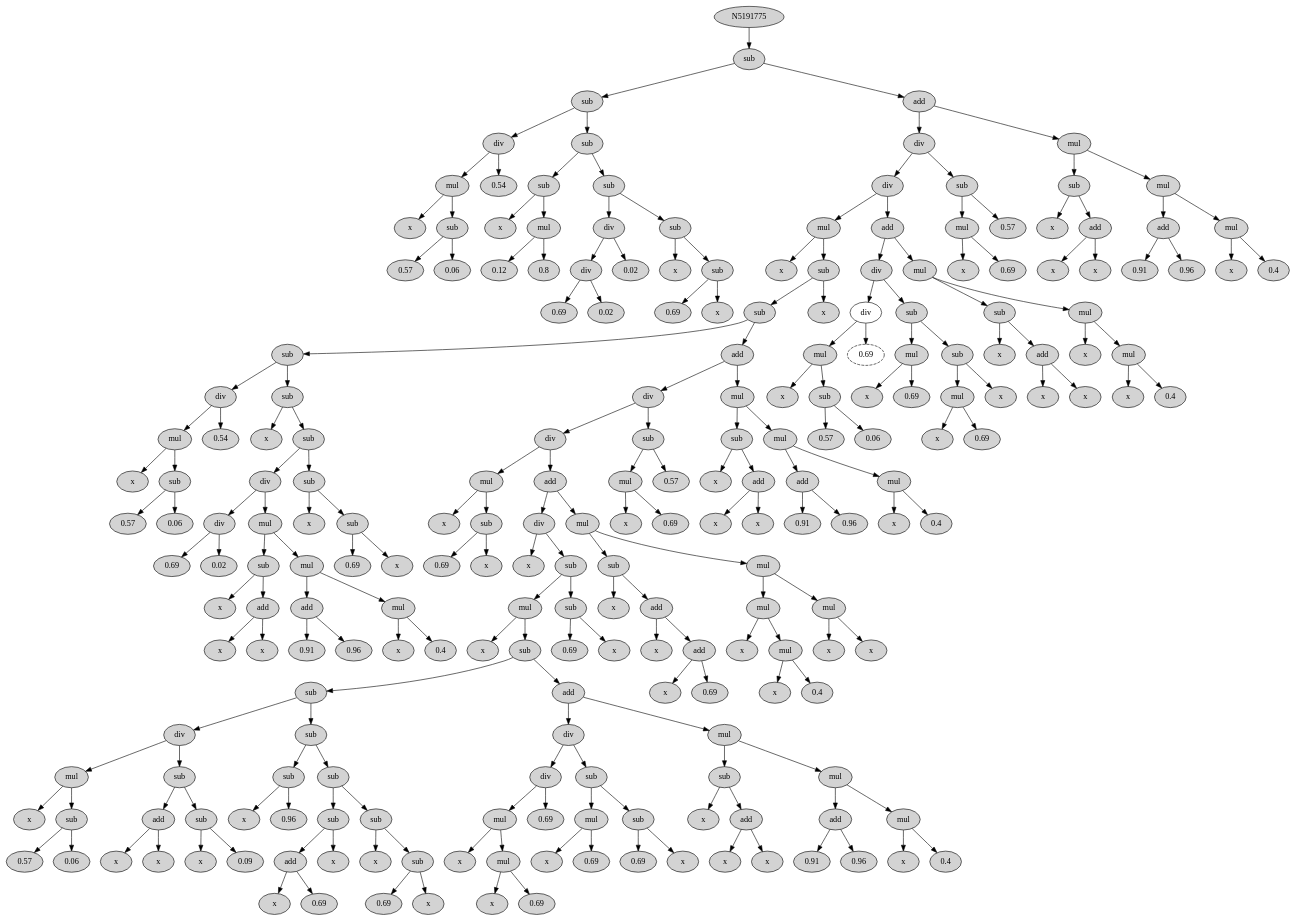
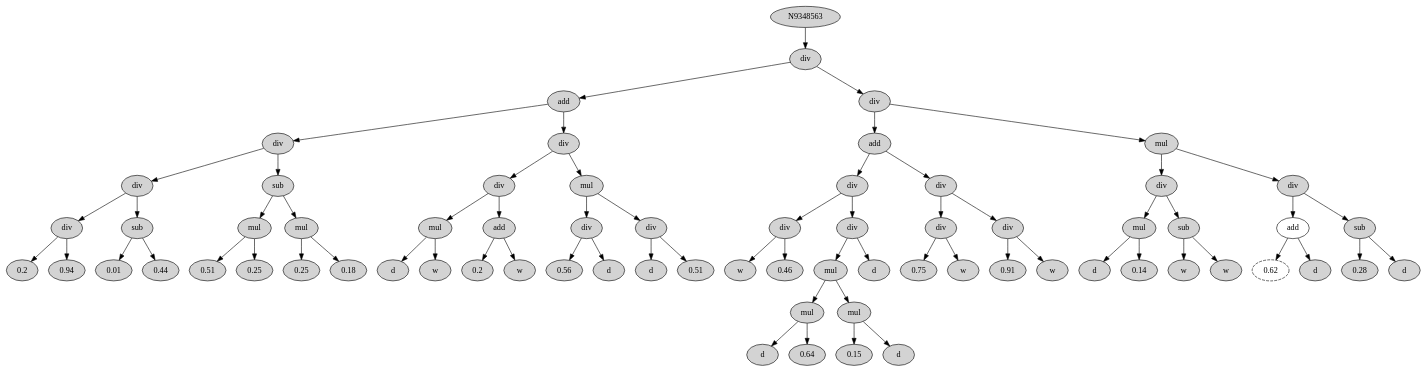
One commit to munifgebara/josilTs changed the diagram in report/best.dot. Above: the diagram before and after it, drawn with Graphviz. The commit also changed 11 other files, not shown here.

```diff
--- a/report/best.dot
+++ b/report/best.dot
@@ -1,453 +1,141 @@
- digraph G5191775 {
-N5191775[ style=filled  label="N5191775"];
-N5191775 -> N5191776;
-N5191776[ style=filled  label="sub"];
-N5191776 -> N5191777;
-N5191777[ style=filled  label="sub"];
-N5191777 -> N5191778;
-N5191778[ style=filled  label="div"];
-N5191778 -> N5191779;
-N5191779[ style=filled  label="mul"];
-N5191779 -> N5191780;
-N5191780[ style=filled  label="x"];
-N5191779 -> N5191781;
-N5191781[ style=filled  label="sub"];
-N5191781 -> N5191782;
-N5191782[ style=filled  label="0.57"];
-N5191781 -> N5191783;
-N5191783[ style=filled  label="0.06"];
-N5191778 -> N5191784;
-N5191784[ style=filled  label="0.54"];
-N5191777 -> N5191785;
-N5191785[ style=filled  label="sub"];
-N5191785 -> N5191786;
-N5191786[ style=filled  label="sub"];
-N5191786 -> N5191787;
-N5191787[ style=filled  label="x"];
-N5191786 -> N5191788;
-N5191788[ style=filled  label="mul"];
-N5191788 -> N5191789;
-N5191789[ style=filled  label="0.12"];
-N5191788 -> N5191790;
-N5191790[ style=filled  label="0.8"];
-N5191785 -> N5191791;
-N5191791[ style=filled  label="sub"];
-N5191791 -> N5191792;
-N5191792[ style=filled  label="div"];
-N5191792 -> N5191793;
-N5191793[ style=filled  label="div"];
-N5191793 -> N5191794;
-N5191794[ style=filled  label="0.69"];
-N5191793 -> N5191795;
-N5191795[ style=filled  label="0.02"];
-N5191792 -> N5191796;
-N5191796[ style=filled  label="0.02"];
-N5191791 -> N5191797;
-N5191797[ style=filled  label="sub"];
-N5191797 -> N5191798;
-N5191798[ style=filled  label="x"];
-N5191797 -> N5191799;
-N5191799[ style=filled  label="sub"];
-N5191799 -> N5191800;
-N5191800[ style=filled  label="0.69"];
-N5191799 -> N5191801;
-N5191801[ style=filled  label="x"];
-N5191776 -> N5191802;
-N5191802[ style=filled  label="add"];
-N5191802 -> N5191803;
-N5191803[ style=filled  label="div"];
-N5191803 -> N5191804;
-N5191804[ style=filled  label="div"];
-N5191804 -> N5191805;
-N5191805[ style=filled  label="mul"];
-N5191805 -> N5191806;
-N5191806[ style=filled  label="x"];
-N5191805 -> N5191807;
-N5191807[ style=filled  label="sub"];
-N5191807 -> N5191808;
-N5191808[ style=filled  label="sub"];
-N5191808 -> N5191809;
-N5191809[ style=filled  label="sub"];
-N5191809 -> N5191810;
-N5191810[ style=filled  label="div"];
-N5191810 -> N5191811;
-N5191811[ style=filled  label="mul"];
-N5191811 -> N5191812;
-N5191812[ style=filled  label="x"];
-N5191811 -> N5191813;
-N5191813[ style=filled  label="sub"];
-N5191813 -> N5191814;
-N5191814[ style=filled  label="0.57"];
-N5191813 -> N5191815;
-N5191815[ style=filled  label="0.06"];
-N5191810 -> N5191816;
-N5191816[ style=filled  label="0.54"];
-N5191809 -> N5191817;
-N5191817[ style=filled  label="sub"];
-N5191817 -> N5191818;
-N5191818[ style=filled  label="x"];
-N5191817 -> N5191819;
-N5191819[ style=filled  label="sub"];
-N5191819 -> N5191820;
-N5191820[ style=filled  label="div"];
-N5191820 -> N5191821;
-N5191821[ style=filled  label="div"];
-N5191821 -> N5191822;
-N5191822[ style=filled  label="0.69"];
-N5191821 -> N5191823;
-N5191823[ style=filled  label="0.02"];
-N5191820 -> N5191824;
-N5191824[ style=filled  label="mul"];
-N5191824 -> N5191825;
-N5191825[ style=filled  label="sub"];
-N5191825 -> N5191826;
-N5191826[ style=filled  label="x"];
-N5191825 -> N5191827;
-N5191827[ style=filled  label="add"];
-N5191827 -> N5191828;
-N5191828[ style=filled  label="x"];
-N5191827 -> N5191829;
-N5191829[ style=filled  label="x"];
-N5191824 -> N5191830;
-N5191830[ style=filled  label="mul"];
-N5191830 -> N5191831;
-N5191831[ style=filled  label="add"];
-N5191831 -> N5191832;
-N5191832[ style=filled  label="0.91"];
-N5191831 -> N5191833;
-N5191833[ style=filled  label="0.96"];
-N5191830 -> N5191834;
-N5191834[ style=filled  label="mul"];
-N5191834 -> N5191835;
-N5191835[ style=filled  label="x"];
-N5191834 -> N5191836;
-N5191836[ style=filled  label="0.4"];
-N5191819 -> N5191837;
-N5191837[ style=filled  label="sub"];
-N5191837 -> N5191838;
-N5191838[ style=filled  label="x"];
-N5191837 -> N5191839;
-N5191839[ style=filled  label="sub"];
-N5191839 -> N5191840;
-N5191840[ style=filled  label="0.69"];
-N5191839 -> N5191841;
-N5191841[ style=filled  label="x"];
-N5191808 -> N5191842;
-N5191842[ style=filled  label="add"];
-N5191842 -> N5191843;
-N5191843[ style=filled  label="div"];
-N5191843 -> N5191844;
-N5191844[ style=filled  label="div"];
-N5191844 -> N5191845;
-N5191845[ style=filled  label="mul"];
-N5191845 -> N5191846;
-N5191846[ style=filled  label="x"];
-N5191845 -> N5191847;
-N5191847[ style=filled  label="sub"];
-N5191847 -> N5191848;
-N5191848[ style=filled  label="0.69"];
-N5191847 -> N5191849;
-N5191849[ style=filled  label="x"];
-N5191844 -> N5191850;
-N5191850[ style=filled  label="add"];
-N5191850 -> N5191851;
-N5191851[ style=filled  label="div"];
-N5191851 -> N5191852;
-N5191852[ style=filled  label="x"];
-N5191851 -> N5191853;
-N5191853[ style=filled  label="sub"];
-N5191853 -> N5191854;
-N5191854[ style=filled  label="mul"];
-N5191854 -> N5191855;
-N5191855[ style=filled  label="x"];
-N5191854 -> N5191856;
-N5191856[ style=filled  label="sub"];
-N5191856 -> N5191857;
-N5191857[ style=filled  label="sub"];
-N5191857 -> N5191858;
-N5191858[ style=filled  label="div"];
-N5191858 -> N5191859;
-N5191859[ style=filled  label="mul"];
-N5191859 -> N5191860;
-N5191860[ style=filled  label="x"];
-N5191859 -> N5191861;
-N5191861[ style=filled  label="sub"];
-N5191861 -> N5191862;
-N5191862[ style=filled  label="0.57"];
-N5191861 -> N5191863;
-N5191863[ style=filled  label="0.06"];
-N5191858 -> N5191864;
-N5191864[ style=filled  label="sub"];
-N5191864 -> N5191865;
-N5191865[ style=filled  label="add"];
-N5191865 -> N5191866;
-N5191866[ style=filled  label="x"];
-N5191865 -> N5191867;
-N5191867[ style=filled  label="x"];
-N5191864 -> N5191868;
-N5191868[ style=filled  label="sub"];
-N5191868 -> N5191869;
-N5191869[ style=filled  label="x"];
-N5191868 -> N5191870;
-N5191870[ style=filled  label="0.09"];
-N5191857 -> N5191871;
-N5191871[ style=filled  label="sub"];
-N5191871 -> N5191872;
-N5191872[ style=filled  label="sub"];
-N5191872 -> N5191873;
-N5191873[ style=filled  label="x"];
-N5191872 -> N5191874;
-N5191874[ style=filled  label="0.96"];
-N5191871 -> N5191875;
-N5191875[ style=filled  label="sub"];
-N5191875 -> N5191876;
-N5191876[ style=filled  label="sub"];
-N5191876 -> N5191877;
-N5191877[ style=filled  label="add"];
-N5191877 -> N5191878;
-N5191878[ style=filled  label="x"];
-N5191877 -> N5191879;
-N5191879[ style=filled  label="0.69"];
-N5191876 -> N5191880;
-N5191880[ style=filled  label="x"];
-N5191875 -> N5191881;
-N5191881[ style=filled  label="sub"];
-N5191881 -> N5191882;
-N5191882[ style=filled  label="x"];
-N5191881 -> N5191883;
-N5191883[ style=filled  label="sub"];
-N5191883 -> N5191884;
-N5191884[ style=filled  label="0.69"];
-N5191883 -> N5191885;
-N5191885[ style=filled  label="x"];
-N5191856 -> N5191886;
-N5191886[ style=filled  label="add"];
-N5191886 -> N5191887;
-N5191887[ style=filled  label="div"];
-N5191887 -> N5191888;
-N5191888[ style=filled  label="div"];
-N5191888 -> N5191889;
-N5191889[ style=filled  label="mul"];
-N5191889 -> N5191890;
-N5191890[ style=filled  label="x"];
-N5191889 -> N5191891;
-N5191891[ style=filled  label="mul"];
-N5191891 -> N5191892;
-N5191892[ style=filled  label="x"];
-N5191891 -> N5191893;
-N5191893[ style=filled  label="0.69"];
-N5191888 -> N5191894;
-N5191894[ style=filled  label="0.69"];
-N5191887 -> N5191895;
-N5191895[ style=filled  label="sub"];
-N5191895 -> N5191896;
-N5191896[ style=filled  label="mul"];
-N5191896 -> N5191897;
-N5191897[ style=filled  label="x"];
-N5191896 -> N5191898;
-N5191898[ style=filled  label="0.69"];
-N5191895 -> N5191899;
-N5191899[ style=filled  label="sub"];
-N5191899 -> N5191900;
-N5191900[ style=filled  label="0.69"];
-N5191899 -> N5191901;
-N5191901[ style=filled  label="x"];
-N5191886 -> N5191902;
-N5191902[ style=filled  label="mul"];
-N5191902 -> N5191903;
-N5191903[ style=filled  label="sub"];
-N5191903 -> N5191904;
-N5191904[ style=filled  label="x"];
-N5191903 -> N5191905;
-N5191905[ style=filled  label="add"];
-N5191905 -> N5191906;
-N5191906[ style=filled  label="x"];
-N5191905 -> N5191907;
-N5191907[ style=filled  label="x"];
-N5191902 -> N5191908;
-N5191908[ style=filled  label="mul"];
-N5191908 -> N5191909;
-N5191909[ style=filled  label="add"];
-N5191909 -> N5191910;
-N5191910[ style=filled  label="0.91"];
-N5191909 -> N5191911;
-N5191911[ style=filled  label="0.96"];
-N5191908 -> N5191912;
-N5191912[ style=filled  label="mul"];
-N5191912 -> N5191913;
-N5191913[ style=filled  label="x"];
-N5191912 -> N5191914;
-N5191914[ style=filled  label="0.4"];
-N5191853 -> N5191915;
-N5191915[ style=filled  label="sub"];
-N5191915 -> N5191916;
-N5191916[ style=filled  label="0.69"];
-N5191915 -> N5191917;
-N5191917[ style=filled  label="x"];
-N5191850 -> N5191918;
-N5191918[ style=filled  label="mul"];
-N5191918 -> N5191919;
-N5191919[ style=filled  label="sub"];
-N5191919 -> N5191920;
-N5191920[ style=filled  label="x"];
-N5191919 -> N5191921;
-N5191921[ style=filled  label="add"];
-N5191921 -> N5191922;
-N5191922[ style=filled  label="x"];
-N5191921 -> N5191923;
-N5191923[ style=filled  label="add"];
-N5191923 -> N5191924;
-N5191924[ style=filled  label="x"];
-N5191923 -> N5191925;
-N5191925[ style=filled  label="0.69"];
-N5191918 -> N5191926;
-N5191926[ style=filled  label="mul"];
-N5191926 -> N5191927;
-N5191927[ style=filled  label="mul"];
-N5191927 -> N5191928;
-N5191928[ style=filled  label="x"];
-N5191927 -> N5191929;
-N5191929[ style=filled  label="mul"];
-N5191929 -> N5191930;
-N5191930[ style=filled  label="x"];
-N5191929 -> N5191931;
-N5191931[ style=filled  label="0.4"];
-N5191926 -> N5191932;
-N5191932[ style=filled  label="mul"];
-N5191932 -> N5191933;
-N5191933[ style=filled  label="x"];
-N5191932 -> N5191934;
-N5191934[ style=filled  label="x"];
-N5191843 -> N5191935;
-N5191935[ style=filled  label="sub"];
-N5191935 -> N5191936;
-N5191936[ style=filled  label="mul"];
-N5191936 -> N5191937;
-N5191937[ style=filled  label="x"];
-N5191936 -> N5191938;
-N5191938[ style=filled  label="0.69"];
-N5191935 -> N5191939;
-N5191939[ style=filled  label="0.57"];
-N5191842 -> N5191940;
-N5191940[ style=filled  label="mul"];
-N5191940 -> N5191941;
-N5191941[ style=filled  label="sub"];
-N5191941 -> N5191942;
-N5191942[ style=filled  label="x"];
-N5191941 -> N5191943;
-N5191943[ style=filled  label="add"];
-N5191943 -> N5191944;
-N5191944[ style=filled  label="x"];
-N5191943 -> N5191945;
-N5191945[ style=filled  label="x"];
-N5191940 -> N5191946;
-N5191946[ style=filled  label="mul"];
-N5191946 -> N5191947;
-N5191947[ style=filled  label="add"];
-N5191947 -> N5191948;
-N5191948[ style=filled  label="0.91"];
-N5191947 -> N5191949;
-N5191949[ style=filled  label="0.96"];
-N5191946 -> N5191950;
-N5191950[ style=filled  label="mul"];
-N5191950 -> N5191951;
-N5191951[ style=filled  label="x"];
-N5191950 -> N5191952;
-N5191952[ style=filled  label="0.4"];
-N5191807 -> N5191953;
-N5191953[ style=filled  label="x"];
-N5191804 -> N5191954;
-N5191954[ style=filled  label="add"];
-N5191954 -> N5191955;
-N5191955[ style=filled  label="div"];
-N5191955 -> N5191956;
-N5191956[ style=solid  label="div"];
-N5191956 -> N5191957;
-N5191957[ style=filled  label="mul"];
-N5191957 -> N5191958;
-N5191958[ style=filled  label="x"];
-N5191957 -> N5191959;
-N5191959[ style=filled  label="sub"];
-N5191959 -> N5191960;
-N5191960[ style=filled  label="0.57"];
-N5191959 -> N5191961;
-N5191961[ style=filled  label="0.06"];
-N5191956 -> N5191596;
-N5191596[ style=dashed  label="0.69"];
-N5191955 -> N5191963;
-N5191963[ style=filled  label="sub"];
-N5191963 -> N5191964;
-N5191964[ style=filled  label="mul"];
-N5191964 -> N5191965;
-N5191965[ style=filled  label="x"];
-N5191964 -> N5191966;
-N5191966[ style=filled  label="0.69"];
-N5191963 -> N5191967;
-N5191967[ style=filled  label="sub"];
-N5191967 -> N5191968;
-N5191968[ style=filled  label="mul"];
-N5191968 -> N5191969;
-N5191969[ style=filled  label="x"];
-N5191968 -> N5191970;
-N5191970[ style=filled  label="0.69"];
-N5191967 -> N5191971;
-N5191971[ style=filled  label="x"];
-N5191954 -> N5191972;
-N5191972[ style=filled  label="mul"];
-N5191972 -> N5191973;
-N5191973[ style=filled  label="sub"];
-N5191973 -> N5191974;
-N5191974[ style=filled  label="x"];
-N5191973 -> N5191975;
-N5191975[ style=filled  label="add"];
-N5191975 -> N5191976;
-N5191976[ style=filled  label="x"];
-N5191975 -> N5191977;
-N5191977[ style=filled  label="x"];
-N5191972 -> N5191978;
-N5191978[ style=filled  label="mul"];
-N5191978 -> N5191979;
-N5191979[ style=filled  label="x"];
-N5191978 -> N5191980;
-N5191980[ style=filled  label="mul"];
-N5191980 -> N5191981;
-N5191981[ style=filled  label="x"];
-N5191980 -> N5191982;
-N5191982[ style=filled  label="0.4"];
-N5191803 -> N5191983;
-N5191983[ style=filled  label="sub"];
-N5191983 -> N5191984;
-N5191984[ style=filled  label="mul"];
-N5191984 -> N5191985;
-N5191985[ style=filled  label="x"];
-N5191984 -> N5191986;
-N5191986[ style=filled  label="0.69"];
-N5191983 -> N5191987;
-N5191987[ style=filled  label="0.57"];
-N5191802 -> N5191988;
-N5191988[ style=filled  label="mul"];
-N5191988 -> N5191989;
-N5191989[ style=filled  label="sub"];
-N5191989 -> N5191990;
-N5191990[ style=filled  label="x"];
-N5191989 -> N5191991;
-N5191991[ style=filled  label="add"];
-N5191991 -> N5191992;
-N5191992[ style=filled  label="x"];
-N5191991 -> N5191993;
-N5191993[ style=filled  label="x"];
-N5191988 -> N5191994;
-N5191994[ style=filled  label="mul"];
-N5191994 -> N5191995;
-N5191995[ style=filled  label="add"];
-N5191995 -> N5191996;
-N5191996[ style=filled  label="0.91"];
-N5191995 -> N5191997;
-N5191997[ style=filled  label="0.96"];
-N5191994 -> N5191998;
-N5191998[ style=filled  label="mul"];
-N5191998 -> N5191999;
-N5191999[ style=filled  label="x"];
-N5191998 -> N5192000;
-N5192000[ style=filled  label="0.4"];
+ digraph G9348563 {
+N9348563[ style=filled  label="N9348563"];
+N9348563 -> N9348564;
+N9348564[ style=filled  label="div"];
+N9348564 -> N9348565;
+N9348565[ style=filled  label="add"];
+N9348565 -> N9348566;
+N9348566[ style=filled  label="div"];
+N9348566 -> N9348567;
+N9348567[ style=filled  label="div"];
+N9348567 -> N9348568;
+N9348568[ style=filled  label="div"];
+N9348568 -> N9348569;
+N9348569[ style=filled  label="0.2"];
+N9348568 -> N9348570;
+N9348570[ style=filled  label="0.94"];
+N9348567 -> N9348571;
+N9348571[ style=filled  label="sub"];
+N9348571 -> N9348572;
+N9348572[ style=filled  label="0.01"];
+N9348571 -> N9348573;
+N9348573[ style=filled  label="0.44"];
+N9348566 -> N9348574;
+N9348574[ style=filled  label="sub"];
+N9348574 -> N9348575;
+N9348575[ style=filled  label="mul"];
+N9348575 -> N9348576;
+N9348576[ style=filled  label="0.51"];
+N9348575 -> N9348577;
+N9348577[ style=filled  label="0.25"];
+N9348574 -> N9348578;
+N9348578[ style=filled  label="mul"];
+N9348578 -> N9348579;
+N9348579[ style=filled  label="0.25"];
+N9348578 -> N9348580;
+N9348580[ style=filled  label="0.18"];
+N9348565 -> N9348581;
+N9348581[ style=filled  label="div"];
+N9348581 -> N9348582;
+N9348582[ style=filled  label="div"];
+N9348582 -> N9348583;
+N9348583[ style=filled  label="mul"];
+N9348583 -> N9348584;
+N9348584[ style=filled  label="d"];
+N9348583 -> N9348585;
+N9348585[ style=filled  label="w"];
+N9348582 -> N9348586;
+N9348586[ style=filled  label="add"];
+N9348586 -> N9348587;
+N9348587[ style=filled  label="0.2"];
+N9348586 -> N9348588;
+N9348588[ style=filled  label="w"];
+N9348581 -> N9348589;
+N9348589[ style=filled  label="mul"];
+N9348589 -> N9348590;
+N9348590[ style=filled  label="div"];
+N9348590 -> N9348591;
+N9348591[ style=filled  label="0.56"];
+N9348590 -> N9348592;
+N9348592[ style=filled  label="d"];
+N9348589 -> N9348593;
+N9348593[ style=filled  label="div"];
+N9348593 -> N9348594;
+N9348594[ style=filled  label="d"];
+N9348593 -> N9348595;
+N9348595[ style=filled  label="0.51"];
+N9348564 -> N9348596;
+N9348596[ style=filled  label="div"];
+N9348596 -> N9348597;
+N9348597[ style=filled  label="add"];
+N9348597 -> N9348598;
+N9348598[ style=filled  label="div"];
+N9348598 -> N9348599;
+N9348599[ style=filled  label="div"];
+N9348599 -> N9348600;
+N9348600[ style=filled  label="w"];
+N9348599 -> N9348601;
+N9348601[ style=filled  label="0.46"];
+N9348598 -> N9348602;
+N9348602[ style=filled  label="div"];
+N9348602 -> N9348603;
+N9348603[ style=filled  label="mul"];
+N9348603 -> N9348604;
+N9348604[ style=filled  label="mul"];
+N9348604 -> N9348605;
+N9348605[ style=filled  label="d"];
+N9348604 -> N9348606;
+N9348606[ style=filled  label="0.64"];
+N9348603 -> N9348607;
+N9348607[ style=filled  label="mul"];
+N9348607 -> N9348608;
+N9348608[ style=filled  label="0.15"];
+N9348607 -> N9348609;
+N9348609[ style=filled  label="d"];
+N9348602 -> N9348610;
+N9348610[ style=filled  label="d"];
+N9348597 -> N9348611;
+N9348611[ style=filled  label="div"];
+N9348611 -> N9348612;
+N9348612[ style=filled  label="div"];
+N9348612 -> N9348613;
+N9348613[ style=filled  label="0.75"];
+N9348612 -> N9348614;
+N9348614[ style=filled  label="w"];
+N9348611 -> N9348615;
+N9348615[ style=filled  label="div"];
+N9348615 -> N9348616;
+N9348616[ style=filled  label="0.91"];
+N9348615 -> N9348617;
+N9348617[ style=filled  label="w"];
+N9348596 -> N9348618;
+N9348618[ style=filled  label="mul"];
+N9348618 -> N9348619;
+N9348619[ style=filled  label="div"];
+N9348619 -> N9348620;
+N9348620[ style=filled  label="mul"];
+N9348620 -> N9348621;
+N9348621[ style=filled  label="d"];
+N9348620 -> N9348622;
+N9348622[ style=filled  label="0.14"];
+N9348619 -> N9348623;
+N9348623[ style=filled  label="sub"];
+N9348623 -> N9348624;
+N9348624[ style=filled  label="w"];
+N9348623 -> N9348625;
+N9348625[ style=filled  label="w"];
+N9348618 -> N9348626;
+N9348626[ style=filled  label="div"];
+N9348626 -> N9348627;
+N9348627[ style=solid  label="add"];
+N9348627 -> N9348655;
+N9348655[ style=dashed  label="0.62"];
+N9348627 -> N9348629;
+N9348629[ style=filled  label="d"];
+N9348626 -> N9348630;
+N9348630[ style=filled  label="sub"];
+N9348630 -> N9348631;
+N9348631[ style=filled  label="0.28"];
+N9348630 -> N9348632;
+N9348632[ style=filled  label="d"];
 }
```
